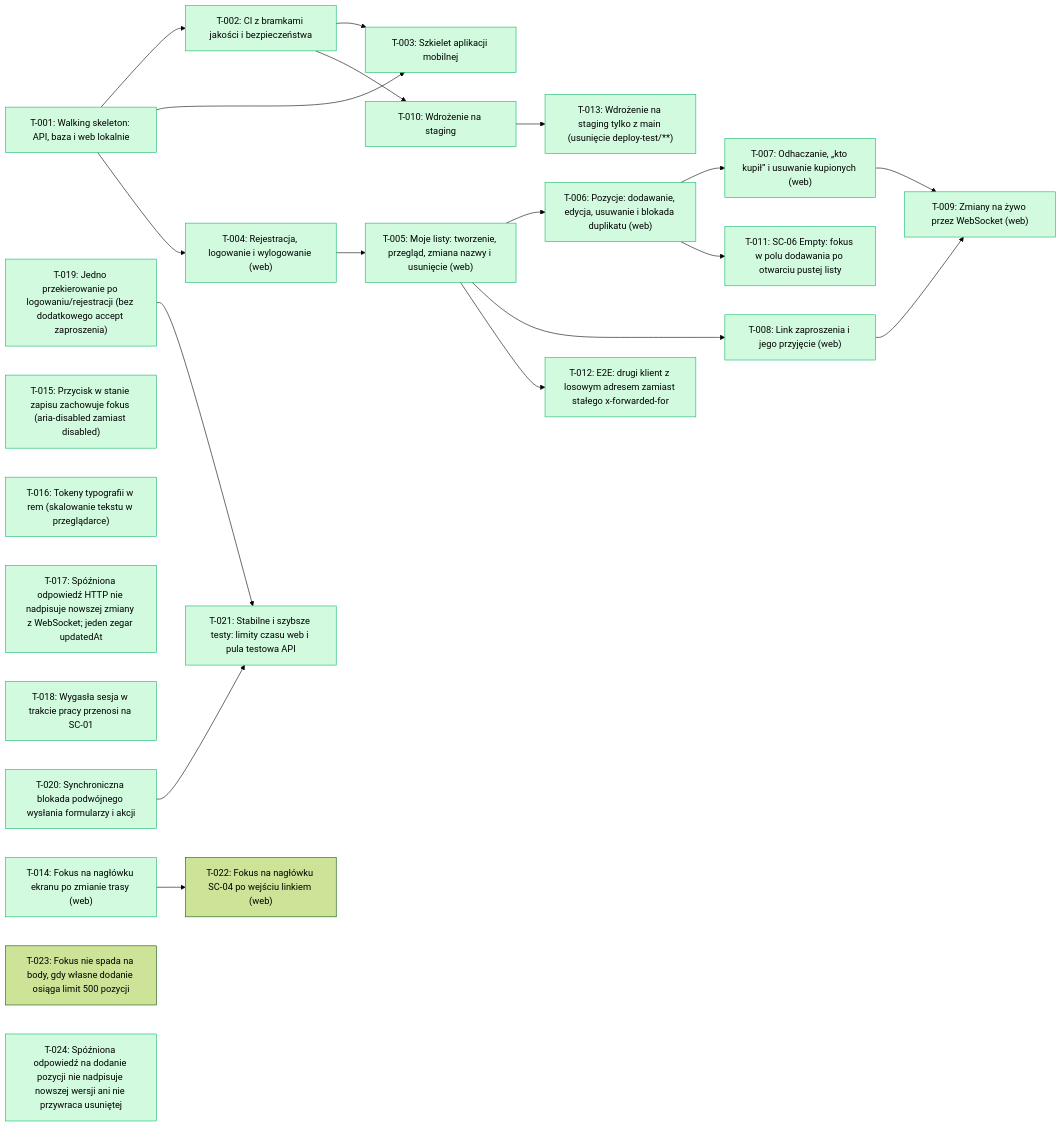
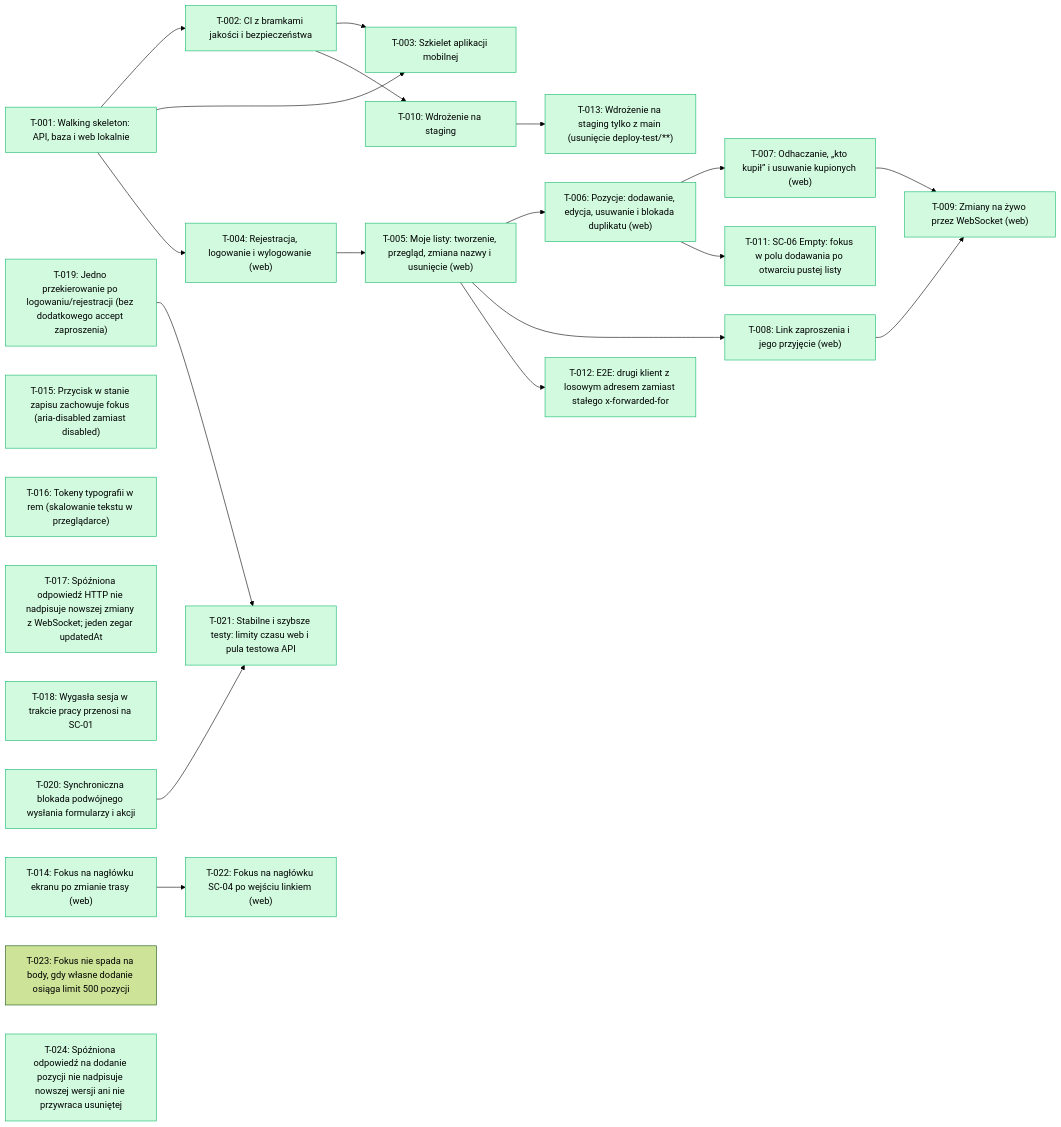
The diagram in docs/backlog/index.md (tombraz/lista-zakupow), drawn with Mermaid (forest theme) before and after one commit. The commit also changed other lines of this file and 1 other file, not shown here.

````diff
--- a/docs/backlog/index.md
+++ b/docs/backlog/index.md
@@ -18,48 +17,48 @@
 ```mermaid
 flowchart LR
   T_001["T-001: Walking skeleton: API, baza i web lokalnie"]:::done
   T_002["T-002: CI z bramkami jakości i bezpieczeństwa"]:::done
   T_003["T-003: Szkielet aplikacji mobilnej"]:::done
   T_004["T-004: Rejestracja, logowanie i wylogowanie (web)"]:::done
   T_005["T-005: Moje listy: tworzenie, przegląd, zmiana nazwy i usunięcie (web)"]:::done
   T_006["T-006: Pozycje: dodawanie, edycja, usuwanie i blokada duplikatu (web)"]:::done
   T_007["T-007: Odhaczanie, „kto kupił” i usuwanie kupionych (web)"]:::done
   T_008["T-008: Link zaproszenia i jego przyjęcie (web)"]:::done
   T_009["T-009: Zmiany na żywo przez WebSocket (web)"]:::done
   T_010["T-010: Wdrożenie na staging"]:::done
   T_011["T-011: SC-06 Empty: fokus w polu dodawania po otwarciu pustej listy"]:::done
   T_012["T-012: E2E: drugi klient z losowym adresem zamiast stałego x-forwarded-for"]:::done
   T_013["T-013: Wdrożenie na staging tylko z main (usunięcie deploy-test/**)"]:::done
   T_014["T-014: Fokus na nagłówku ekranu po zmianie trasy (web)"]:::done
   T_015["T-015: Przycisk w stanie zapisu zachowuje fokus (aria-disabled zamiast disabled)"]:::done
   T_016["T-016: Tokeny typografii w rem (skalowanie tekstu w przeglądarce)"]:::done
   T_017["T-017: Spóźniona odpowiedź HTTP nie nadpisuje nowszej zmiany z WebSocket; jeden zegar updatedAt"]:::done
   T_018["T-018: Wygasła sesja w trakcie pracy przenosi na SC-01"]:::done
   T_019["T-019: Jedno przekierowanie po logowaniu/rejestracji (bez dodatkowego accept zaproszenia)"]:::done
   T_020["T-020: Synchroniczna blokada podwójnego wysłania formularzy i akcji"]:::done
   T_021["T-021: Stabilne i szybsze testy: limity czasu web i pula testowa API"]:::done
-  T_022["T-022: Fokus na nagłówku SC-04 po wejściu linkiem (web)"]
+  T_022["T-022: Fokus na nagłówku SC-04 po wejściu linkiem (web)"]:::done
   T_023["T-023: Fokus nie spada na body, gdy własne dodanie osiąga limit 500 pozycji"]
   T_024["T-024: Spóźniona odpowiedź na dodanie pozycji nie nadpisuje nowszej wersji ani nie przywraca usuniętej"]:::done
   T_001 --> T_002
   T_001 --> T_003
   T_002 --> T_003
   T_001 --> T_004
   T_004 --> T_005
   T_005 --> T_006
   T_006 --> T_007
   T_005 --> T_008
   T_007 --> T_009
   T_008 --> T_009
   T_002 --> T_010
   T_006 --> T_011
   T_005 --> T_012
   T_010 --> T_013
   T_019 --> T_021
   T_020 --> T_021
   T_014 --> T_022
   classDef done fill:#d1fadf,stroke:#12b76a
   classDef wip fill:#fef0c7,stroke:#f79009
   classDef qa fill:#e0eaff,stroke:#2970ff
   classDef blocked fill:#fee4e2,stroke:#f04438
 ```
````
